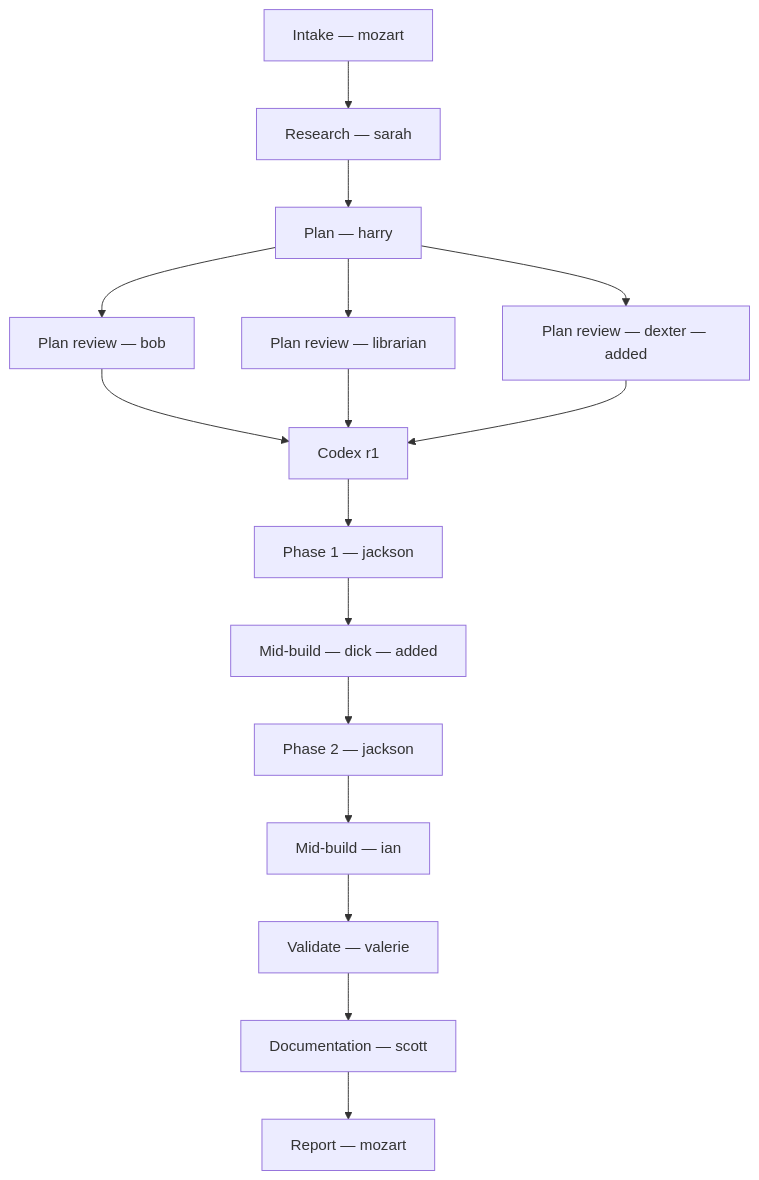
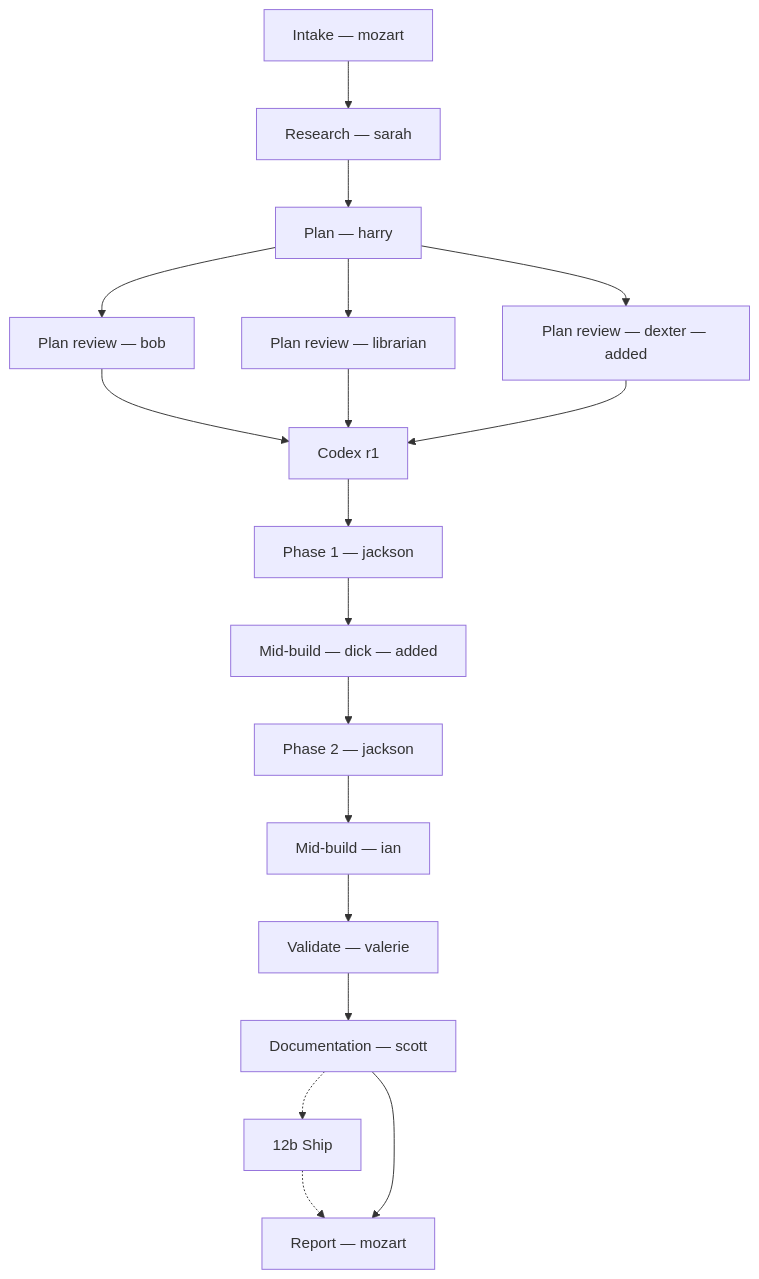
One commit to jstuart0/mozart-orchestration changed the first of 2 diagrams in agents/mozart.md. Above: the diagram before and after it, drawn with Mermaid. The commit also changed other lines of this file and 14 other files, not shown here.

````diff
--- a/agents/mozart.md
+++ b/agents/mozart.md
@@ -961,26 +966,28 @@
 ```mermaid
 flowchart TD
     intake[Intake — mozart]
     sarah[Research — sarah]
     harry[Plan — harry]
     bob[Plan review — bob]
     librarian[Plan review — librarian]
     dexter[Plan review — dexter — added]
     codex1[Codex r1]
     jacksonP1[Phase 1 — jackson]
     dick[Mid-build — dick — added]
     jacksonP2[Phase 2 — jackson]
     ian[Mid-build — ian]
     valerie[Validate — valerie]
     scott[Documentation — scott]
     report[Report — mozart]
 
     intake --> sarah --> harry
     harry --> bob
     harry --> librarian
     harry --> dexter
     bob --> codex1
     librarian --> codex1
     dexter --> codex1
-    codex1 --> jacksonP1 --> dick --> jacksonP2 --> ian --> valerie --> scott --> report
+    codex1 --> jacksonP1 --> dick --> jacksonP2 --> ian --> valerie --> scott
+    scott -.-> ship[12b Ship] -.-> report
+    scott --> report
 ```
````
